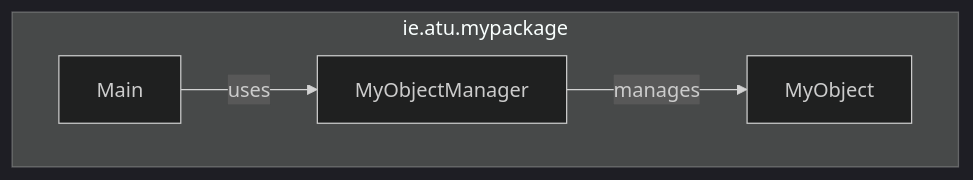
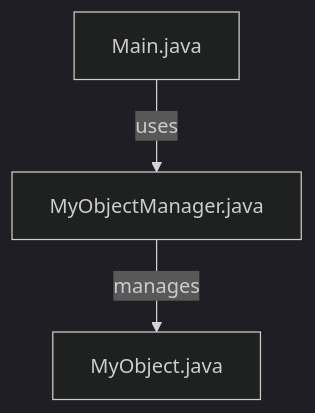
Before and after one commit to DanielCreggOrganization/aooc-project-template: the first of 2 diagrams in project-brief.md, drawn with Mermaid (dark theme). The commit also changed other lines of this file, not shown here.

Commit message:
Refactor mermaid diagrams for improved clarity and consistency in project brief

````diff
--- a/project-brief.md
+++ b/project-brief.md
@@ -93,10 +93,5 @@
 ```mermaid
 graph TB
-  subgraph PKG[ie.atu.mypackage]
-    Main[Main]
-    Mgr[MyObjectManager]
-    Obj[MyObject]
-    Main -->|uses| Mgr
-    Mgr -->|manages| Obj
-  end
+    Main[Main.java] -->|uses| Mgr[MyObjectManager.java]
+    Mgr[MyObjectManager.java] -->|manages| Obj[MyObject.java]
 ```
````
